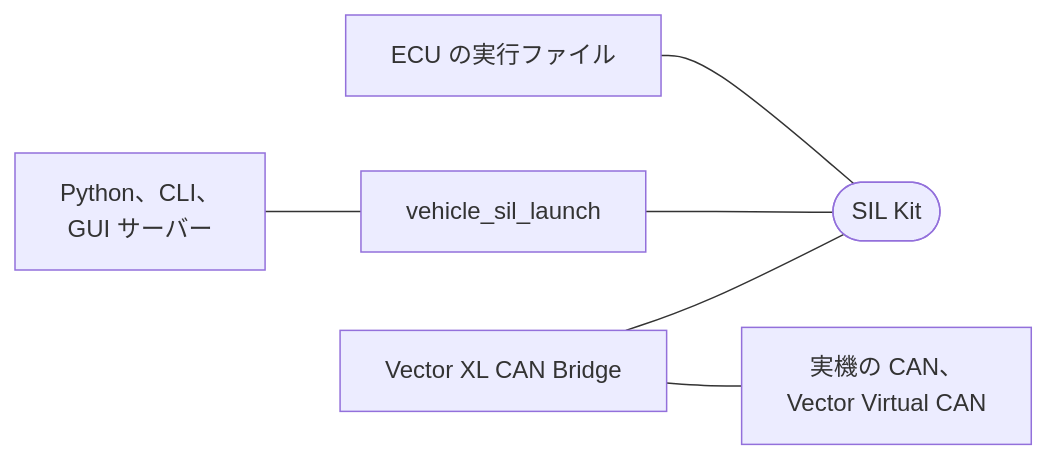
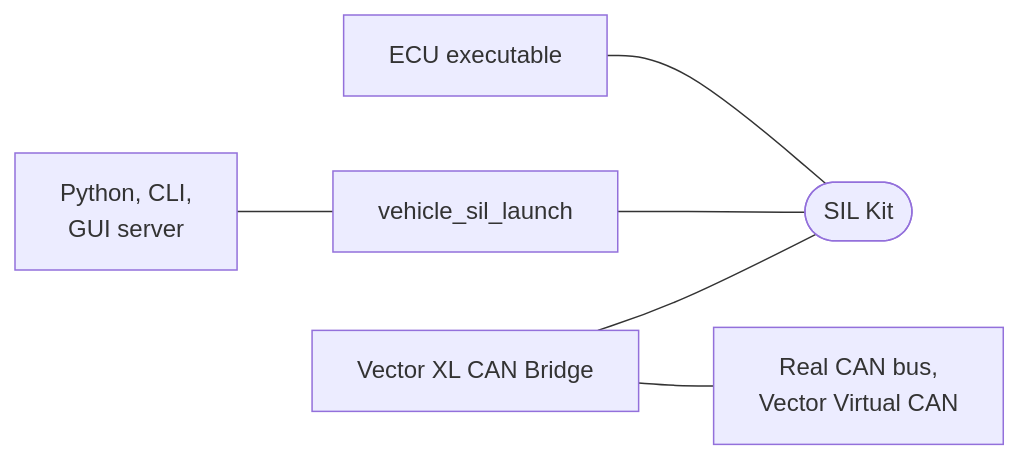
The diagram in docs/architecture.md (rahanahu/vehicle-sil), drawn with Mermaid before and after one commit. The commit also changed other lines of this file and 163 other files, not shown here.

````diff
--- a/docs/architecture.md
+++ b/docs/architecture.md
@@ -19,8 +21,8 @@
 ```mermaid
 flowchart LR
-    ecu["ECU の実行ファイル"] --- silkit(["SIL Kit"])
+    ecu["ECU executable"] --- silkit(["SIL Kit"])
     launch["vehicle_sil_launch"] --- silkit
     bridge["Vector XL CAN Bridge"] --- silkit
-    bridge --- bus["実機の CAN、<br>Vector Virtual CAN"]
-    client["Python、CLI、<br>GUI サーバー"] --- launch
+    bridge --- bus["Real CAN bus,<br>Vector Virtual CAN"]
+    client["Python, CLI,<br>GUI server"] --- launch
 ```
````
